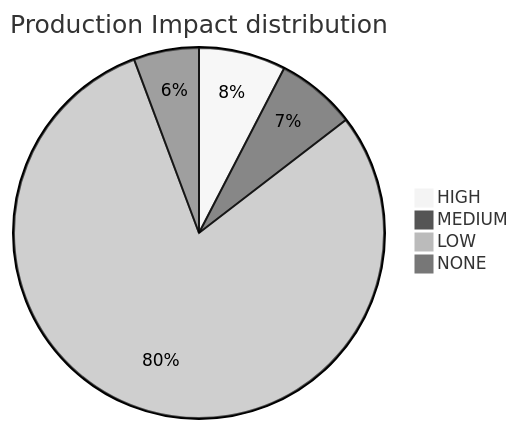
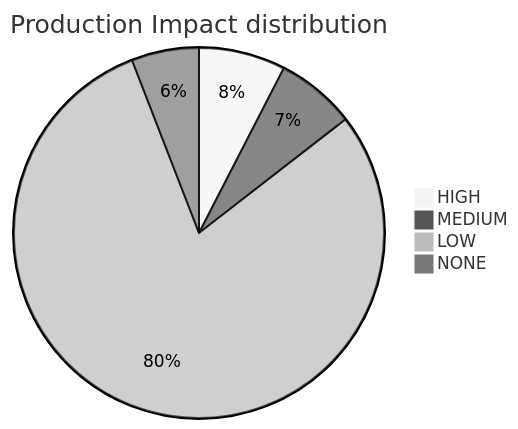
One commit to mikeybeezy/goldenpath-idp-infra changed the diagram in PLATFORM_HEALTH.md. Above: the diagram before and after it, drawn with Mermaid (neutral theme). The commit also changed other lines of this file, not shown here.

````diff
--- a/PLATFORM_HEALTH.md
+++ b/PLATFORM_HEALTH.md
@@ -55,7 +55,7 @@
 ```mermaid
 pie title Production Impact distribution
     "HIGH" : 36
     "MEDIUM" : 33
-    "LOW" : 378
-    "NONE" : 27
+    "LOW" : 379
+    "NONE" : 28
 ```
````
